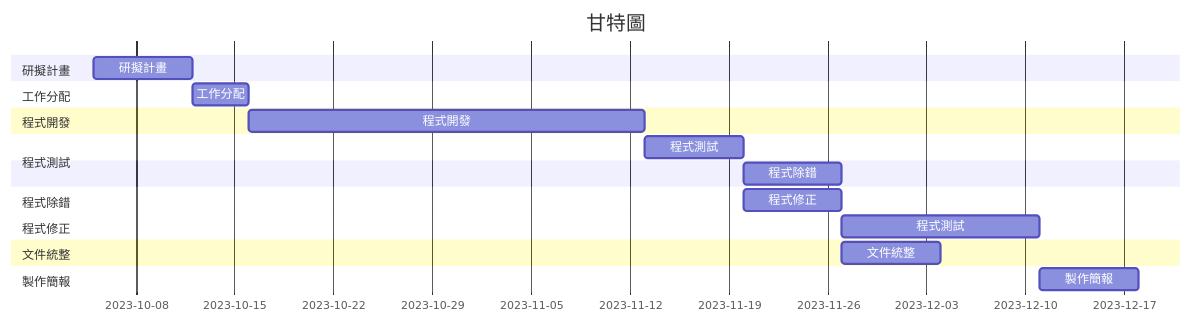
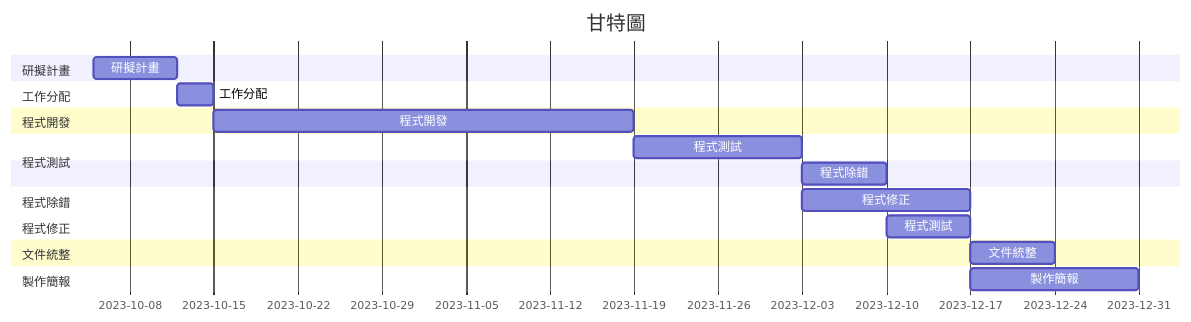
The diagram in README.md (yyyyyk888/ouo), drawn with Mermaid before and after one commit. The commit also changed other lines of this file, not shown here.

````diff
--- a/README.md
+++ b/README.md
@@ -27,23 +27,23 @@
 ```mermaid
 gantt
     title 甘特圖
 
     section 研擬計畫
     研擬計畫      :a1, 2023-10-05, 7d
     section 工作分配
-    工作分配      :a2,after a1  , 4d
+    工作分配      :a2,after a1  , 3d
     section 程式開發
-    程式開發      :a3,after a2  , 28d
+    程式開發      :a3,after a2  , 35d
     section 程式測試
-    程式測試      :a4,after a3  , 7d
+    程式測試      :a4,after a3  , 14d
     section 程式除錯
     程式除錯      :a5,after a4  , 7d
     section 程式測試
-    程式修正      :a6,after a4  , 7d
+    程式修正      :a6,after a4  , 14d
     section 程式修正
-    程式測試  :a7,after a5  , 14d
+    程式測試      :a7,after a5  , 7d
     section 文件統整
-    文件統整      :a8,after a5  , 7d
+    文件統整      :a8,after a7  , 7d
     section 製作簡報
-    製作簡報    :a10,after a7 , 7d
+    製作簡報      :a10,after a7 , 14d
 ```
````
